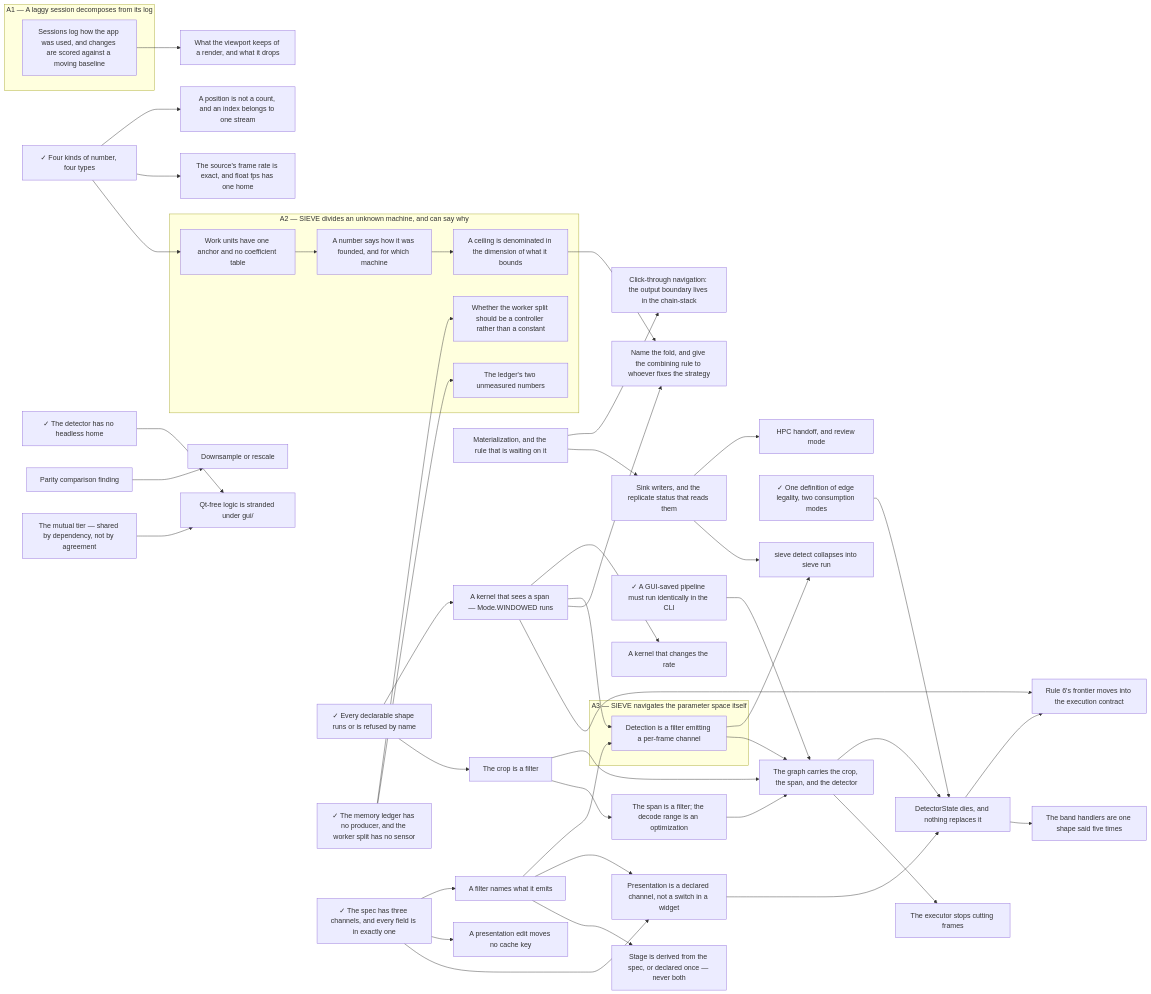
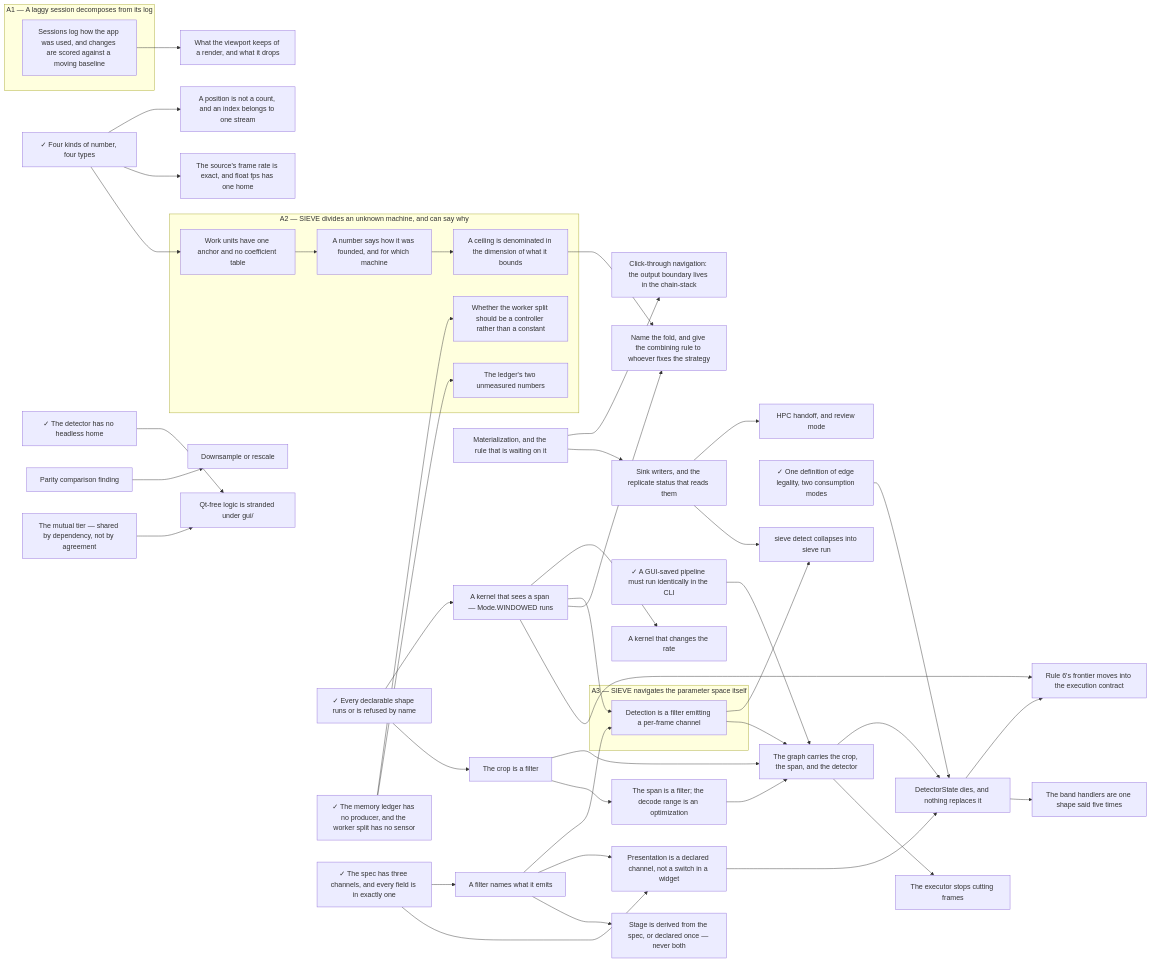
The diagram in docs/.state.md (soulsynapse/antscihub-SIEVE), drawn with Mermaid before and after one commit. The commit also changed other lines of this file and 6 other files, not shown here.

```diff
--- a/docs/.state.md
+++ b/docs/.state.md
@@ -157,7 +155,6 @@
     name_the_fold["Name the fold, and give the combining rule to whoever fixes the strategy"]
     one_definition_of_edge_legality["✓ One definition of edge legality, two consumption modes"]
     parity_comparison_finding["Parity comparison finding"]
-    presentation_edits_move_no_key["A presentation edit moves no cache key"]
     presentation_is_a_channel_not_a_switch["Presentation is a declared channel, not a switch in a widget"]
     proxy_retention_policy["What the viewport keeps of a render, and what it drops"]
     qt_free_logic_under_gui["Qt-free logic is stranded under gui/"]
@@ -191,7 +188,6 @@
     ledger_producers --> ledger_measurements
     ceilings_in_the_dimension_they_bound --> name_the_fold
     a_kernel_that_sees_a_span --> name_the_fold
-    the_spec_has_three_channels --> presentation_edits_move_no_key
     the_spec_has_three_channels --> presentation_is_a_channel_not_a_switch
     a_filter_names_what_it_emits --> presentation_is_a_channel_not_a_switch
     slow_path_surfacing --> proxy_retention_policy
```
